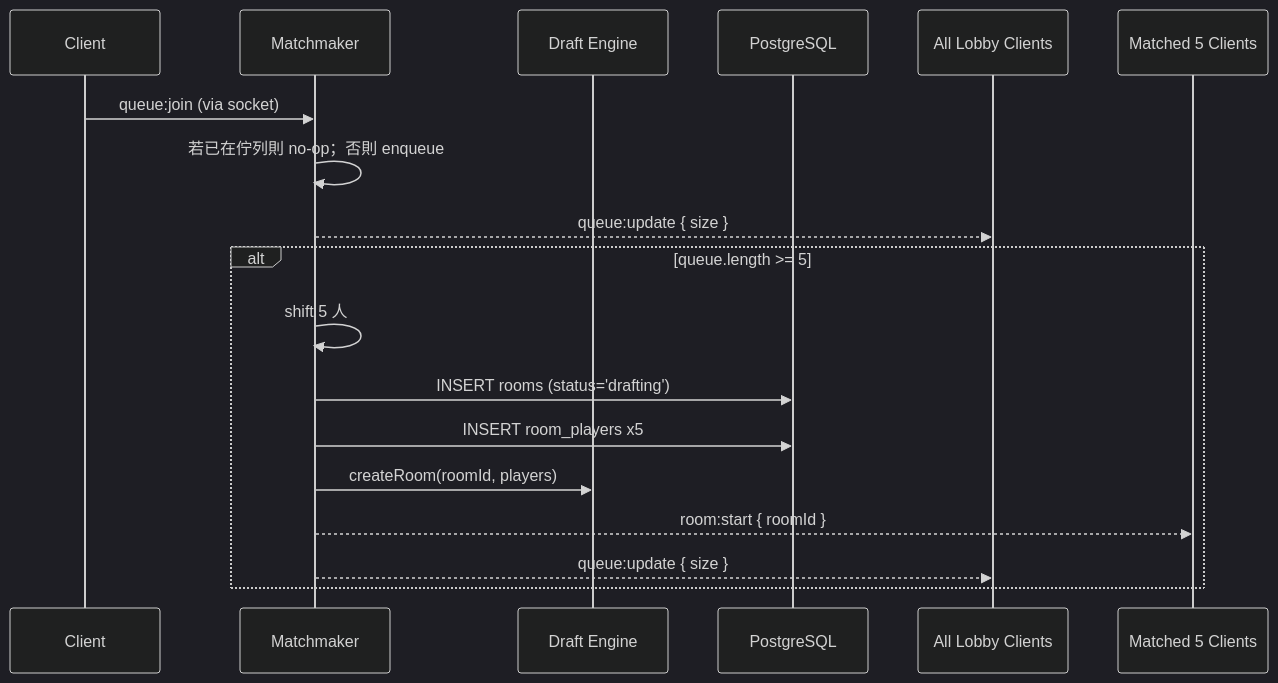
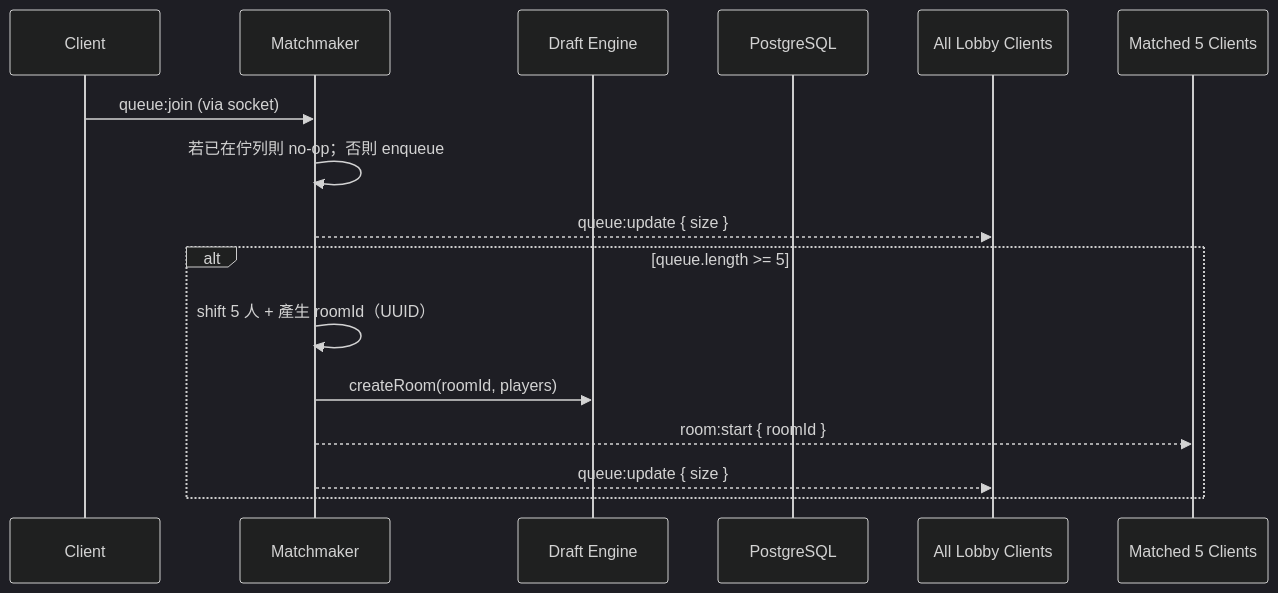
The second of 5 diagrams in docs/detailed-design.md (zhijiehuang111/game-draft-system), drawn with Mermaid (dark theme) before and after one commit. The commit also changed other lines of this file and 9 other files, not shown here.

Commit message:
chore: remove unused tables and related code for rooms and room_players

````diff
--- a/docs/detailed-design.md
+++ b/docs/detailed-design.md
@@ -196,22 +177,20 @@
 ```mermaid
 sequenceDiagram
   participant C as Client
   participant MM as Matchmaker
   participant DE as Draft Engine
   participant DB as PostgreSQL
   participant Lobby as All Lobby Clients
   participant Room as Matched 5 Clients
 
   C->>MM: queue:join (via socket)
   MM->>MM: 若已在佇列則 no-op；否則 enqueue
   MM-->>Lobby: queue:update { size }
 
   alt queue.length >= 5
-    MM->>MM: shift 5 人
-    MM->>DB: INSERT rooms (status='drafting')
-    MM->>DB: INSERT room_players x5
+    MM->>MM: shift 5 人 + 產生 roomId（UUID）
     MM->>DE: createRoom(roomId, players)
     MM-->>Room: room:start { roomId }
     MM-->>Lobby: queue:update { size }
   end
 ```
````
